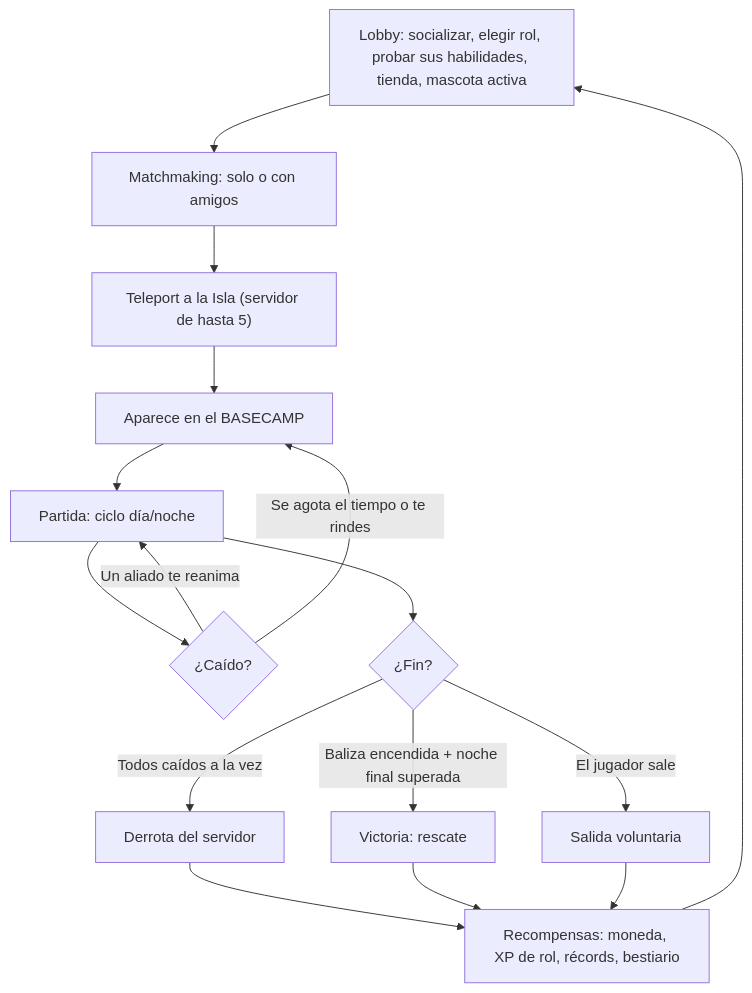
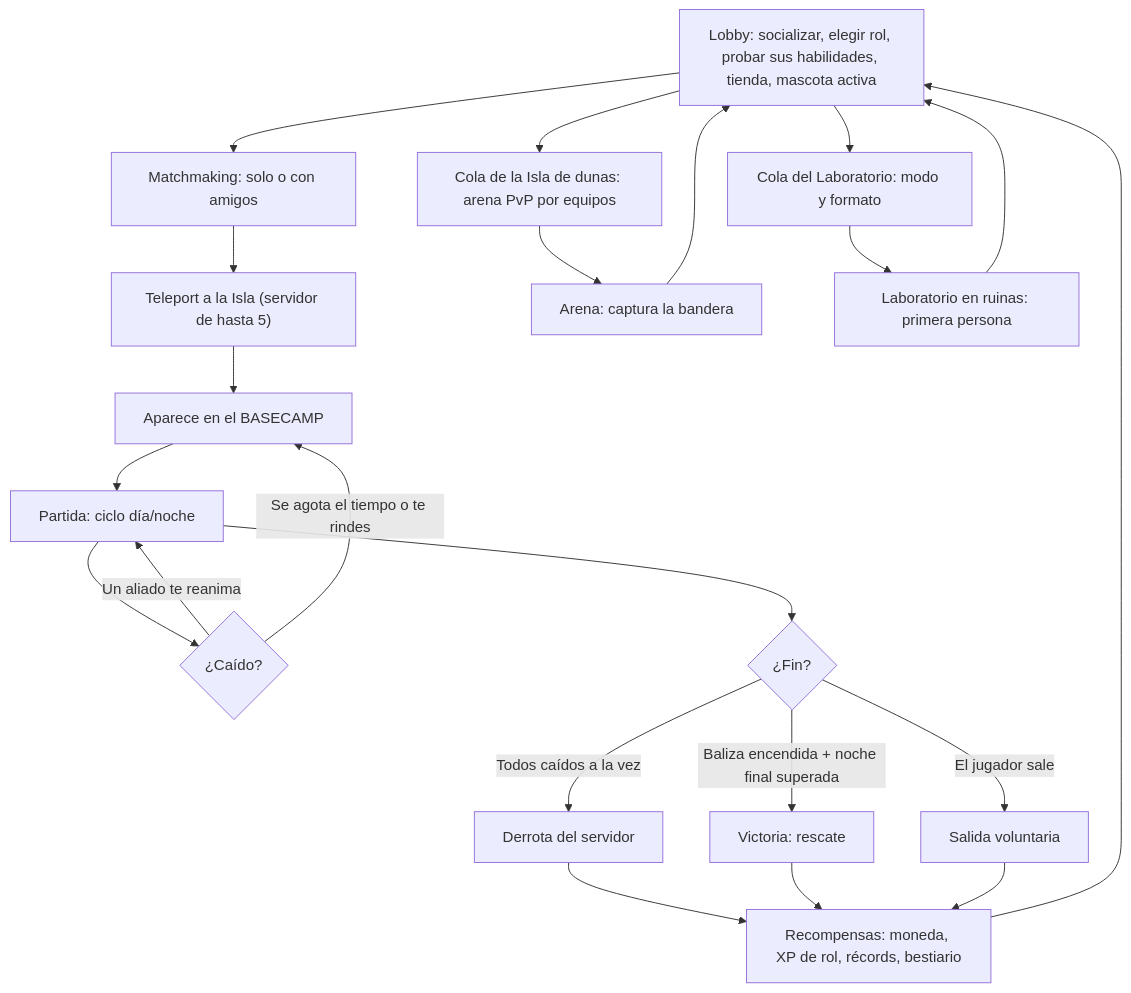
One commit to Discosofia/Monkey_Island_2026 changed the first of 7 diagrams in docs/GDD.md. Above: the diagram before and after it, drawn with Mermaid. The commit also changed other lines of this file and 2 other files, not shown here.

````diff
--- a/docs/GDD.md
+++ b/docs/GDD.md
@@ -60,18 +60,20 @@
 ```mermaid
 flowchart TD
   L["Lobby: socializar, elegir rol, probar sus habilidades, tienda, mascota activa"] --> Q["Matchmaking: solo o con amigos"]
   Q --> T["Teleport a la Isla (servidor de hasta 5)"]
   T --> B["Aparece en el BASECAMP"]
   B --> P["Partida: ciclo día/noche"]
   P --> C{"¿Caído?"}
   C -->|"Un aliado te reanima"| P
   C -->|"Se agota el tiempo o te rindes"| B
   P --> R{"¿Fin?"}
   R -->|"Todos caídos a la vez"| D["Derrota del servidor"]
   R -->|"Baliza encendida + noche final superada"| V["Victoria: rescate"]
   R -->|"El jugador sale"| X["Salida voluntaria"]
   D --> RW["Recompensas: moneda, XP de rol, récords, bestiario"]
   V --> RW
   X --> RW
   RW --> L
+  L --> AR["Cola de la Isla de dunas: arena PvP por equipos"] --> AB["Arena: captura la bandera"] --> L
+  L --> LQ["Cola del Laboratorio: modo y formato"] --> LP["Laboratorio en ruinas: primera persona"] --> L
 ```
````
